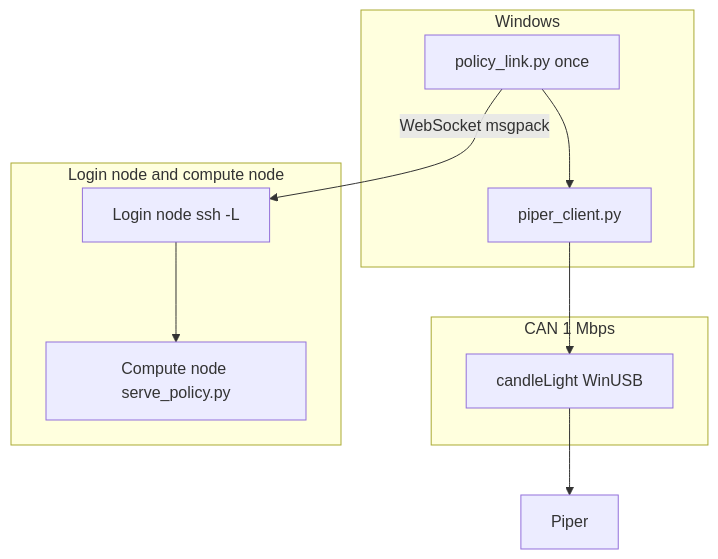
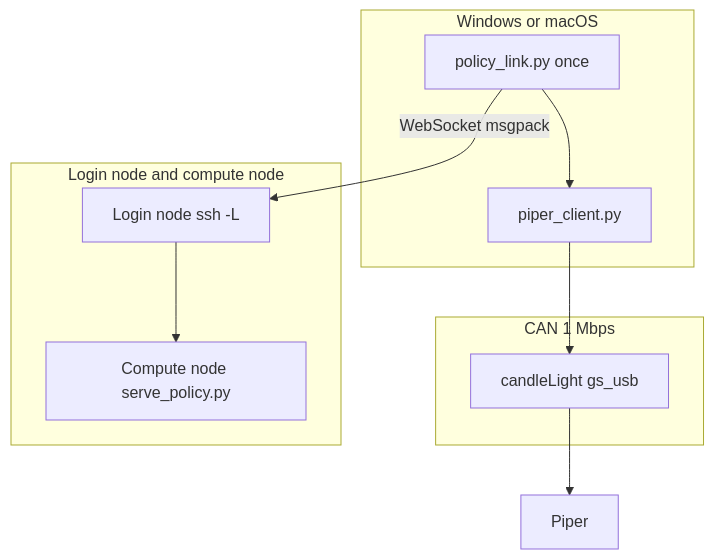
Before and after one commit to TzJ2006/CEI_robot_arms: the diagram in DEVELOPER_GUIDE.md, drawn with Mermaid. The commit also changed other lines of this file and 6 other files, not shown here.

First line of the commit message:
Document Windows and Mac support, and show the camera while recording.

````diff
--- a/DEVELOPER_GUIDE.md
+++ b/DEVELOPER_GUIDE.md
@@ -5,19 +5,19 @@
 ```mermaid
 flowchart TB
-  subgraph win [Windows]
+  subgraph pc [Windows or macOS]
     client[policy_link.py once]
     armclient[piper_client.py]
     client --> armclient
   end
   subgraph bus [CAN 1 Mbps]
-    adapter[candleLight WinUSB]
+    adapter[candleLight gs_usb]
   end
   subgraph cluster [Login node and compute node]
     tunnel[Login node ssh -L]
     server[Compute node serve_policy.py]
   end
   armclient --> adapter
   adapter --> piper[Piper]
   client -->|WebSocket msgpack| tunnel
   tunnel --> server
 ```
````
